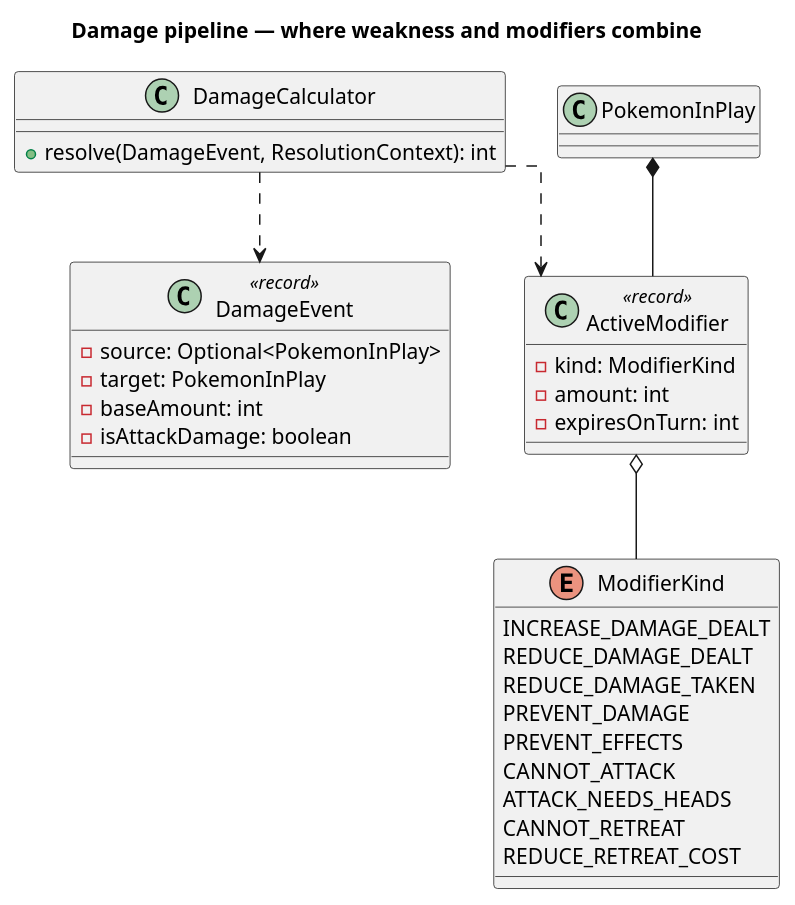
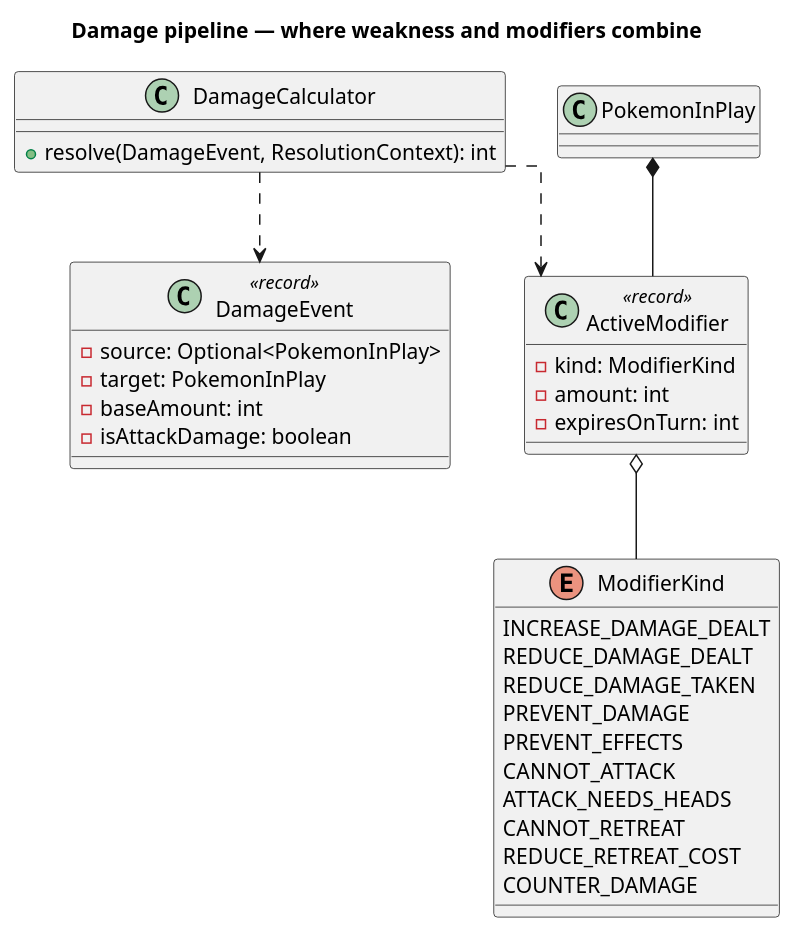
The first of 2 diagrams in docs/UML/Damage.puml (Richie-Moon/TCGPocketBattler), drawn with PlantUML before and after one commit. The commit also changed 68 other files, not shown here.

```diff
--- a/docs/UML/Damage.puml
+++ b/docs/UML/Damage.puml
@@ -1,52 +1,53 @@
 @startuml
 title Damage pipeline — where weakness and modifiers combine
 
 skinparam linetype ortho
 
 /'
   DealDamage names only an amount and a target, so weakness, ReduceDamageTaken,
   ReduceDamageDealt and IncreaseDamage had nowhere to meet, and IDurationEffect's `duration` had
   nowhere to be stored. Both are fixed here.
 '/
 
 class DamageEvent <<record>> {
     - source: Optional<PokemonInPlay>
     - target: PokemonInPlay
     - baseAmount: int
     /' False for spread/bench damage and for between-turns poison and burn,
        which skip weakness and most modifiers. '/
     - isAttackDamage: boolean
 }
 
 class DamageCalculator {
     + resolve(DamageEvent, ResolutionContext): int
 }
 
 /'
   Installed on PokemonInPlay by an IDurationEffect and expired between turns.
   This is the storage that IDurationEffect previously lacked.
 '/
 class ActiveModifier <<record>> {
     - kind: ModifierKind
     - amount: int
     - expiresOnTurn: int
 }
 
 enum ModifierKind {
     INCREASE_DAMAGE_DEALT
     REDUCE_DAMAGE_DEALT
     REDUCE_DAMAGE_TAKEN
     PREVENT_DAMAGE
     PREVENT_EFFECTS
     CANNOT_ATTACK
     ATTACK_NEEDS_HEADS
     CANNOT_RETREAT
     REDUCE_RETREAT_COST
+    COUNTER_DAMAGE
 }
 
 DamageCalculator ..> DamageEvent
 DamageCalculator ..> ActiveModifier
 ActiveModifier o-- ModifierKind
 PokemonInPlay *-- ActiveModifier
 
 @enduml
```
